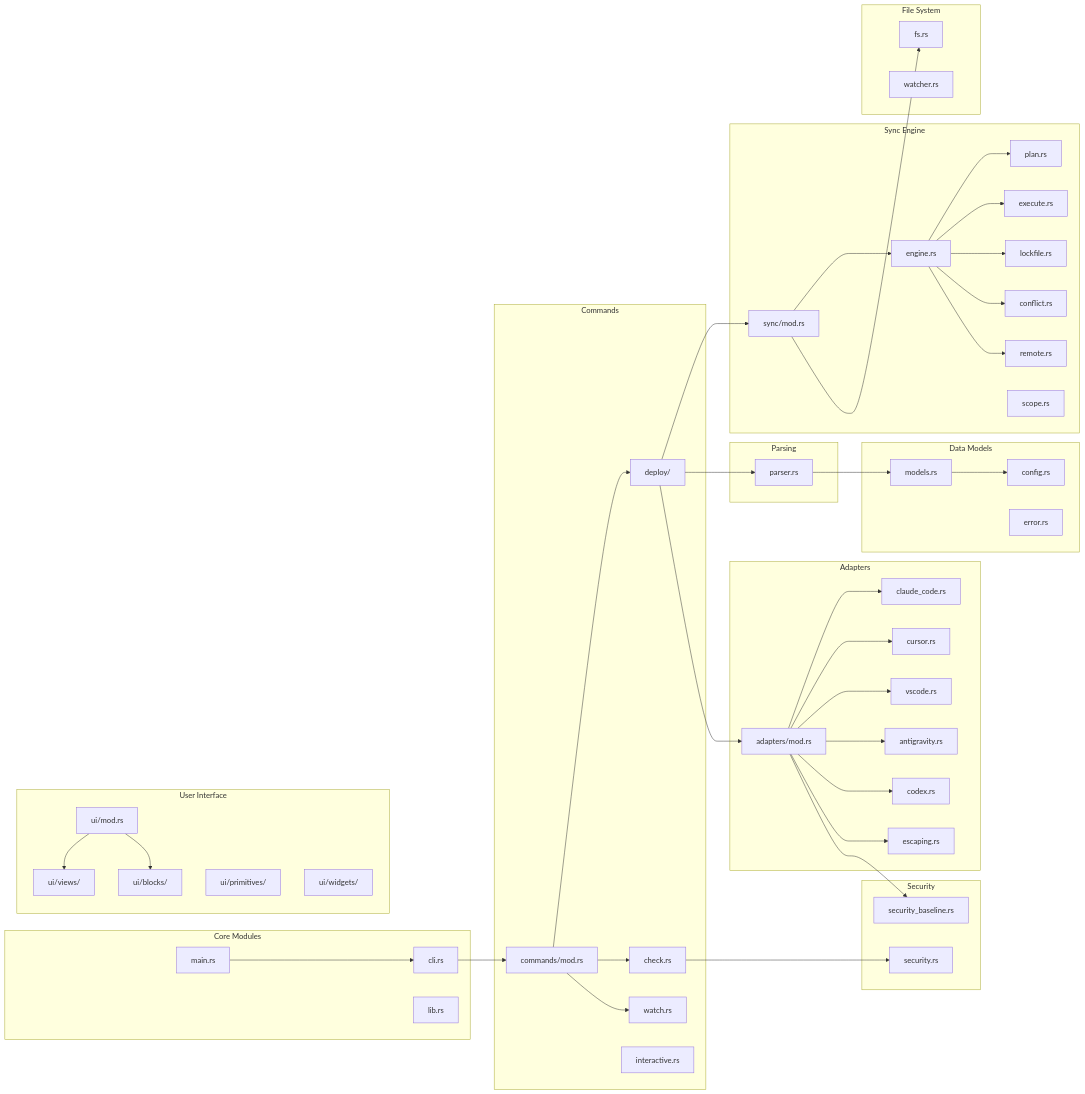
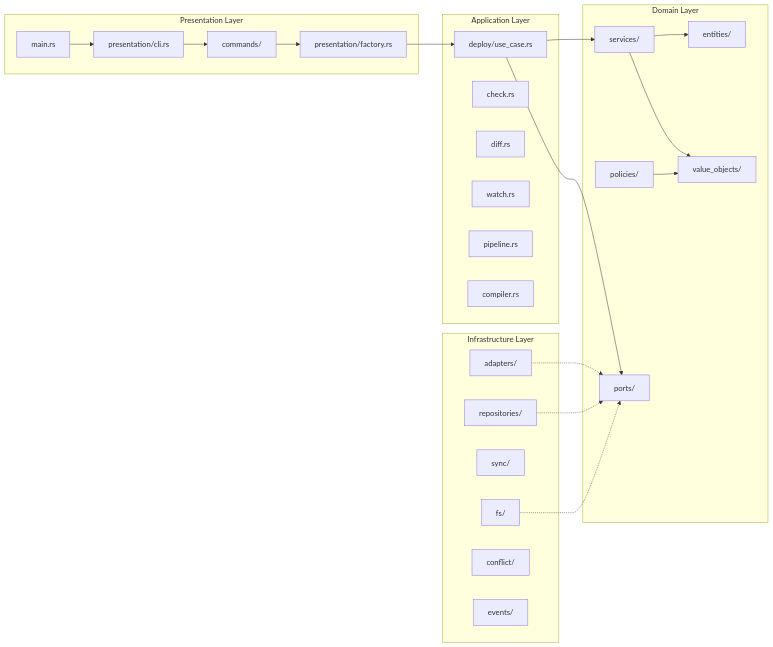
The second of 2 diagrams in docs/analysis-report.md (64andrewwalker/calvin), drawn with Mermaid before and after one commit. The commit also changed other lines of this file and 7 other files, not shown here.

````diff
--- a/docs/analysis-report.md
+++ b/docs/analysis-report.md
@@ -91,93 +78,48 @@
 ```mermaid
 graph LR
-    subgraph Core["Core Modules"]
+    subgraph Presentation["Presentation Layer"]
         main["main.rs"]
-        cli["cli.rs"]
-        lib["lib.rs"]
+        cli["presentation/cli.rs"]
+        factory["presentation/factory.rs"]
+        commands["commands/"]
     end
 
-    subgraph Models["Data Models"]
-        models["models.rs"]
-        config["config.rs"]
-        error["error.rs"]
+    subgraph Application["Application Layer"]
+        deploy_uc["deploy/use_case.rs"]
+        check_uc["check.rs"]
+        diff_uc["diff.rs"]
+        watch_uc["watch.rs"]
+        pipeline["pipeline.rs"]
+        compiler["compiler.rs"]
     end
 
-    subgraph Parser["Parsing"]
-        parser["parser.rs"]
+    subgraph Domain["Domain Layer"]
+        entities["entities/"]
+        services["services/"]
+        policies["policies/"]
+        ports["ports/"]
+        value_objects["value_objects/"]
     end
 
-    subgraph Adapters["Adapters"]
-        adapters_mod["adapters/mod.rs"]
-        claude_code["claude_code.rs"]
-        cursor["cursor.rs"]
-        vscode["vscode.rs"]
-        antigravity["antigravity.rs"]
-        codex["codex.rs"]
-        escaping["escaping.rs"]
-    end
-
-    subgraph Sync["Sync Engine"]
-        sync_mod["sync/mod.rs"]
-        engine["engine.rs"]
-        plan["plan.rs"]
-        execute["execute.rs"]
-        lockfile["lockfile.rs"]
-        conflict["conflict.rs"]
-        remote["remote.rs"]
-        scope["scope.rs"]
-    end
-
-    subgraph Security["Security"]
-        security["security.rs"]
-        security_baseline["security_baseline.rs"]
-    end
-
-    subgraph UI["User Interface"]
-        ui_mod["ui/mod.rs"]
-        views["ui/views/"]
-        blocks["ui/blocks/"]
-        primitives["ui/primitives/"]
-        widgets["ui/widgets/"]
-    end
-
-    subgraph Commands["Commands"]
-        commands_mod["commands/mod.rs"]
-        deploy["deploy/"]
-        check["check.rs"]
-        watch["watch.rs"]
-        interactive["interactive.rs"]
-    end
-
-    subgraph FS["File System"]
-        fs["fs.rs"]
-        watcher["watcher.rs"]
+    subgraph Infrastructure["Infrastructure Layer"]
+        adapters["adapters/"]
+        fs["fs/"]
+        sync["sync/"]
+        repos["repositories/"]
+        conflict["conflict/"]
+        events["events/"]
     end
 
     main --> cli
-    cli --> commands_mod
-    commands_mod --> deploy
-    commands_mod --> check
-    commands_mod --> watch
-    deploy --> sync_mod
-    deploy --> parser
-    deploy --> adapters_mod
-    sync_mod --> engine
-    engine --> plan
-    engine --> execute
-    engine --> lockfile
-    engine --> conflict
-    engine --> remote
-    adapters_mod --> claude_code
-    adapters_mod --> cursor
-    adapters_mod --> vscode
-    adapters_mod --> antigravity
-    adapters_mod --> codex
-    adapters_mod --> escaping
-    adapters_mod --> security_baseline
-    parser --> models
-    models --> config
-    check --> security
-    ui_mod --> views
-    ui_mod --> blocks
-    sync_mod --> fs
+    cli --> commands
+    commands --> factory
+    factory --> deploy_uc
+    deploy_uc --> services
+    deploy_uc --> ports
+    adapters -.-> ports
+    repos -.-> ports
+    fs -.-> ports
+    services --> entities
+    services --> value_objects
+    policies --> value_objects
 ```
````
